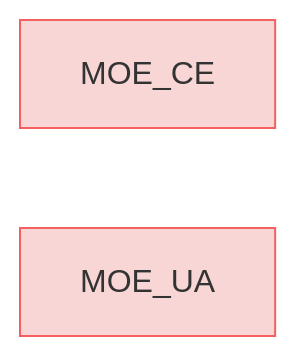
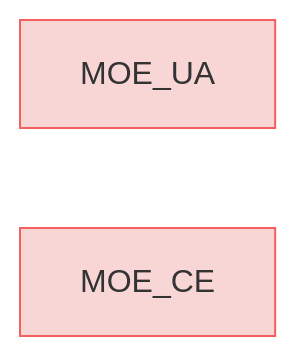
The diagram in specifications/MOEs.md (reqvire-org/reqvire), drawn with Mermaid before and after one commit. The commit also changed 20 other files, not shown here.

````diff
--- a/specifications/MOEs.md
+++ b/specifications/MOEs.md
@@ -4,15 +4,15 @@
 ```mermaid
 graph LR;
   %% Graph styling
   classDef requirement fill:#f9d6d6,stroke:#f55f5f,stroke-width:1px;
   classDef verification fill:#d6f9d6,stroke:#5fd75f,stroke-width:1px;
   classDef externalLink fill:#d0e0ff,stroke:#3080ff,stroke-width:1px;
   classDef default fill:#f5f5f5,stroke:#333333,stroke-width:1px;
 
+  6c33f565725d5e41["MOE_UA"];
+  click 6c33f565725d5e41 "https://github.com/Reqvire/reqvire/blob/667635d4628fed400323f7df3689af2dbc2ad666/specifications/MOEs.md#moe_ua";
+  class 6c33f565725d5e41 requirement;
   ac59f565725d5e41["MOE_CE"];
-  click ac59f565725d5e41 "https://github.com/Reqvire/reqvire/blob/30536324899084e88969175e3613c971ffa6e108/specifications/MOEs.md#moe_ce";
+  click ac59f565725d5e41 "https://github.com/Reqvire/reqvire/blob/667635d4628fed400323f7df3689af2dbc2ad666/specifications/MOEs.md#moe_ce";
   class ac59f565725d5e41 requirement;
-  6c33f565725d5e41["MOE_UA"];
-  click 6c33f565725d5e41 "https://github.com/Reqvire/reqvire/blob/30536324899084e88969175e3613c971ffa6e108/specifications/MOEs.md#moe_ua";
-  class 6c33f565725d5e41 requirement;
 ```
````
